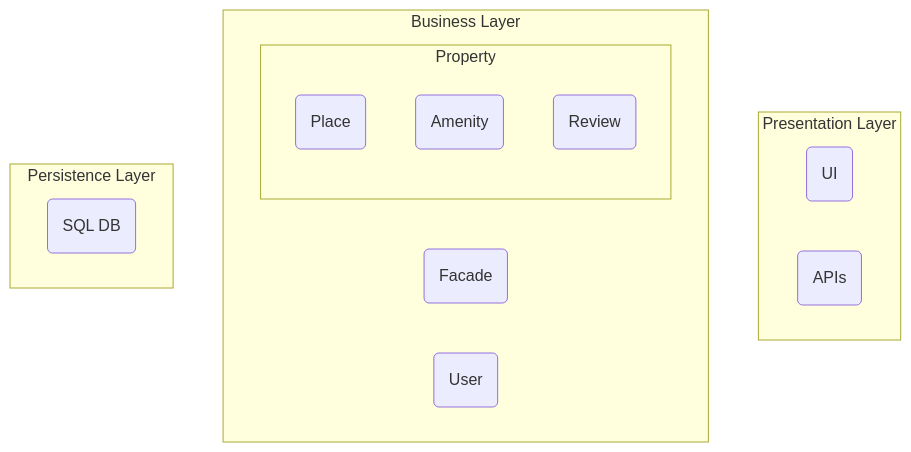
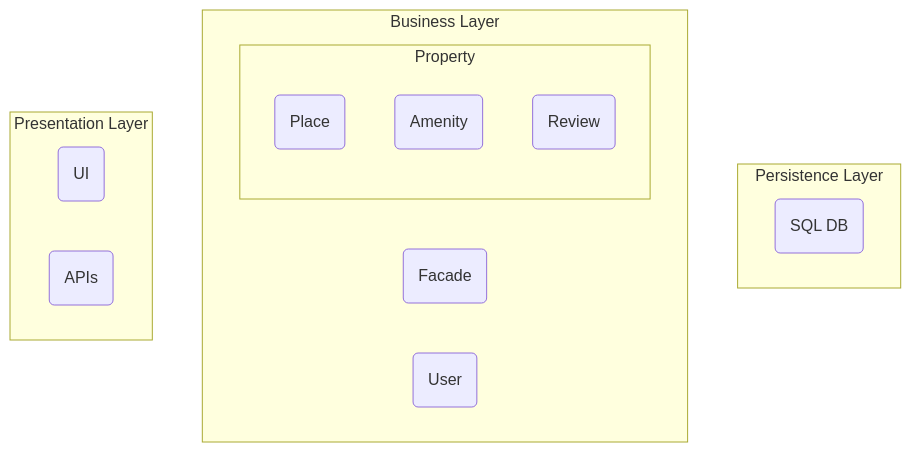
One commit to JacobsDevs/HBnB_evolution changed the diagram in HBnB_Tech_Doc.md. Above: the diagram before and after it, drawn with Mermaid.

Commit message:
Modify diagram

````diff
--- a/HBnB_Tech_Doc.md
+++ b/HBnB_Tech_Doc.md
@@ -26,22 +26,23 @@
 ```mermaid
 graph TD
-    subgraph Presentation Layer
-        UI(UI)
-        API(APIs)
+
+    subgraph Persistence Layer
+        SQLDB(SQL DB)
     end
 
     subgraph Business Layer
         Facade(Facade)
         User(User)
         subgraph Property
             Place(Place)
             Amenity(Amenity)
             Review(Review)
         end
     end
 
-    subgraph Persistence Layer
-        SQLDB(SQL DB)
+    subgraph Presentation Layer
+        UI(UI)
+        API(APIs)
     end
 
 ```
````
